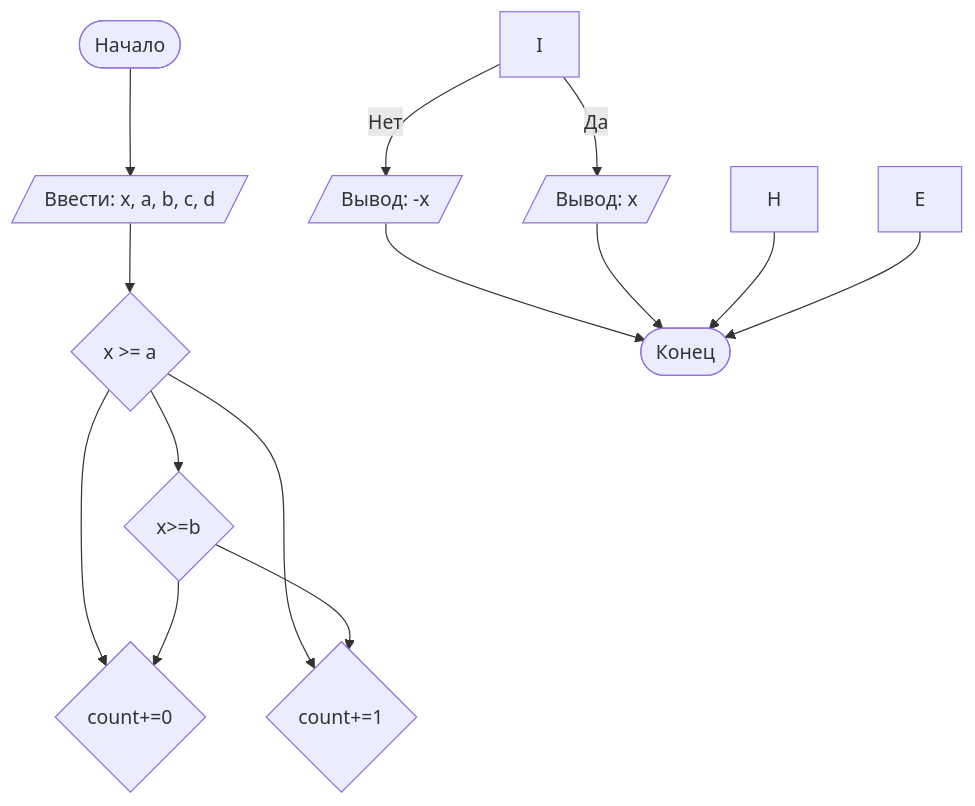
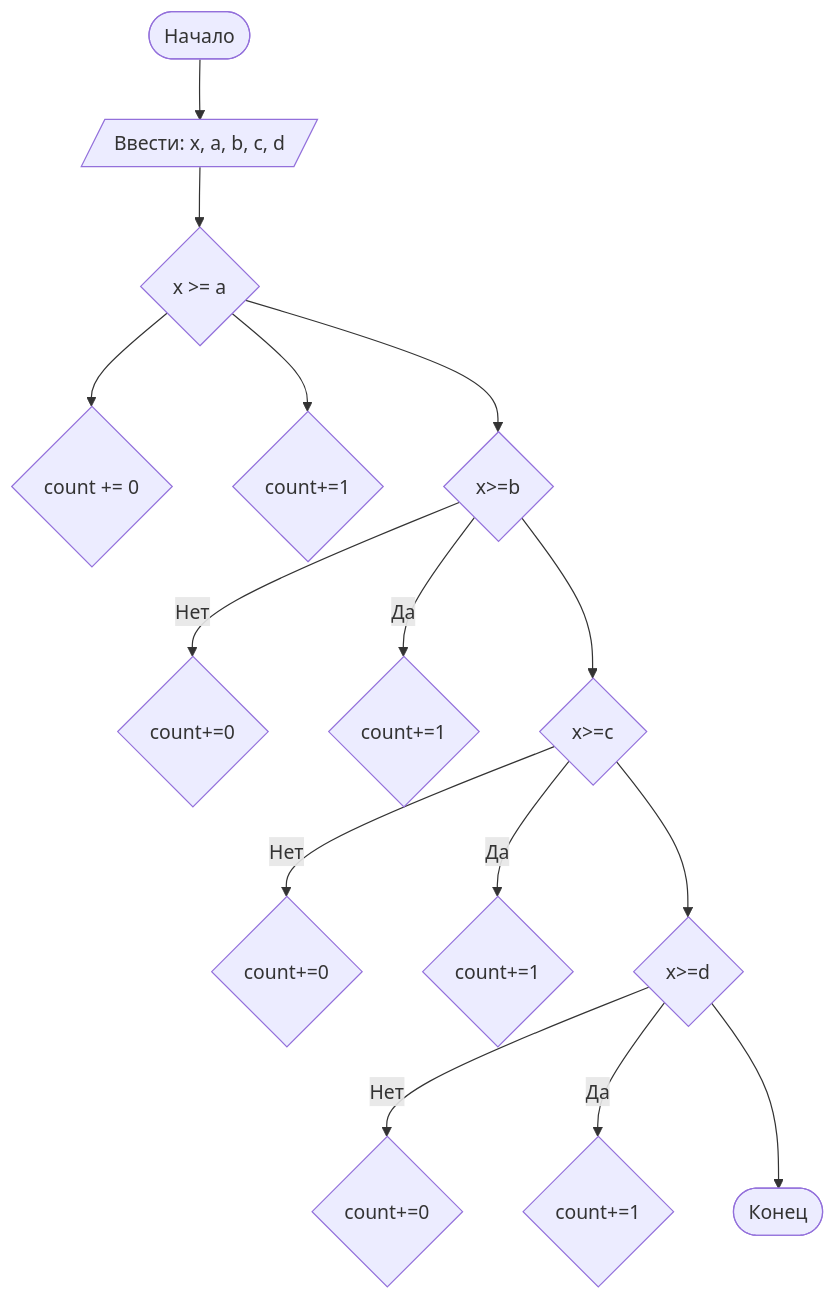
Before and after one commit to 09mikg09-svg/mishanya: the diagram in pm2601.md, drawn with Mermaid.

````diff
--- a/pm2601.md
+++ b/pm2601.md
@@ -90,17 +90,18 @@
 ```mermaid
 graph TD
     A([Начало]) --> B[/Ввести: x, a, b, c, d/]
     B --> C{x >= a}
     C --> Нет{count += 0}
     C --> Да{count+=1}
     C --> F{x>=b}
-    F --> Нет{count+=0}
-    F --> Да{count+=1}
-    I -- Нет --> J[/Вывод: -x/]
-    I -- Да --> K[/Вывод: x/]
-    J --> Z
-    K --> Z
-    H --> Z
-    E --> Z([Конец])
+    F -- Нет -->D{count+=0}
+    F -- Да --> E{count+=1}
+    F --> G{x>=c}
+    G -- Нет -->I{count+=0}
+    G -- Да --> J{count+=1}
+    G --> H{x>=d}
+    H -- Нет -->K{count+=0}
+    H -- Да --> L{count+=1}
+    H --> Z([Конец])
 
 ```
````
